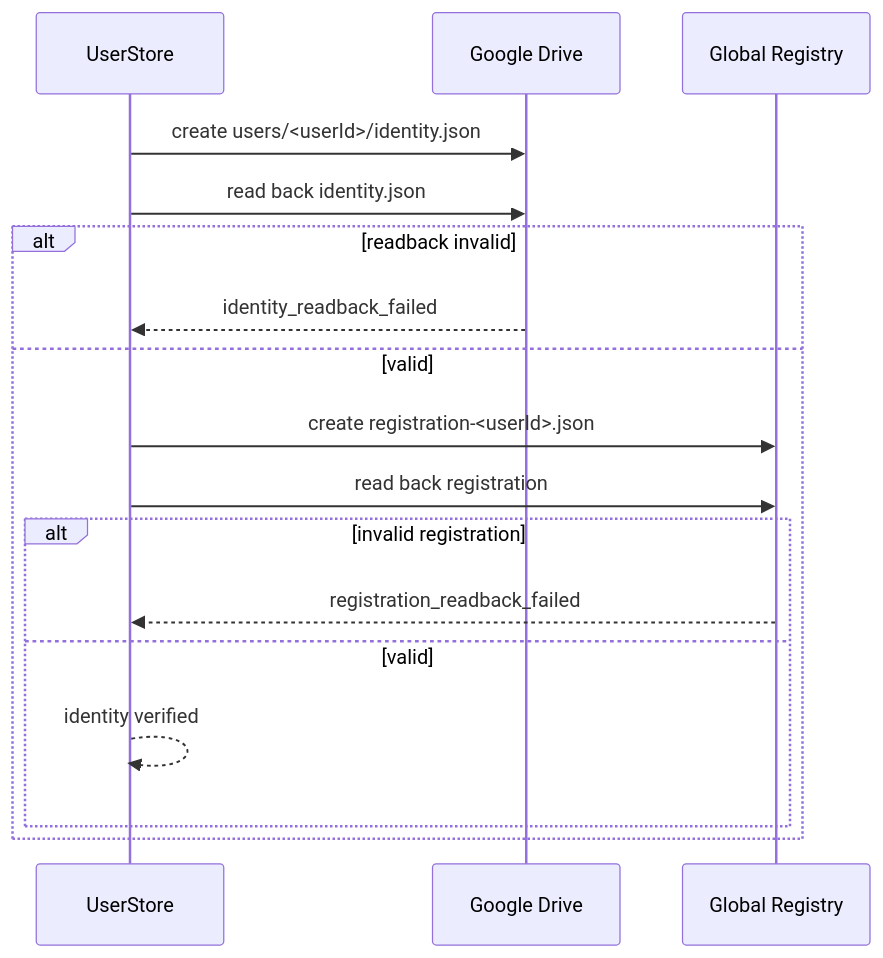
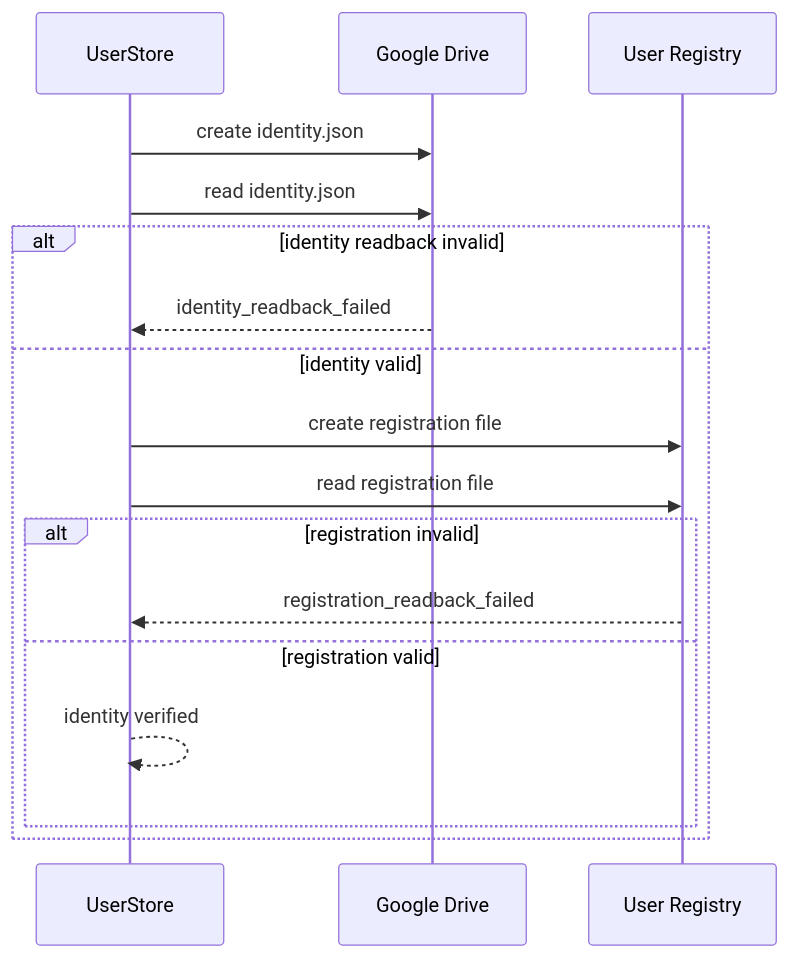
Diagram 11 of 32 in README.md (gitgotcha/my-chatgpt-mcp), drawn with Mermaid before and after one commit. The commit also changed other lines of this file, not shown here.

````diff
--- a/README.md
+++ b/README.md
@@ -1025,23 +1065,22 @@
 ```mermaid
 sequenceDiagram
-
     participant U as UserStore
     participant D as Google Drive
-    participant R as Global Registry
+    participant R as User Registry
 
-    U->>D: create users/<userId>/identity.json
-    U->>D: read back identity.json
+    U->>D: create identity.json
+    U->>D: read identity.json
 
-    alt readback invalid
+    alt identity readback invalid
         D-->>U: identity_readback_failed
-    else valid
-        U->>R: create registration-<userId>.json
-        U->>R: read back registration
+    else identity valid
+        U->>R: create registration file
+        U->>R: read registration file
 
-        alt invalid registration
+        alt registration invalid
             R-->>U: registration_readback_failed
-        else valid
+        else registration valid
             U-->>U: identity verified
         end
     end
 ```
````
